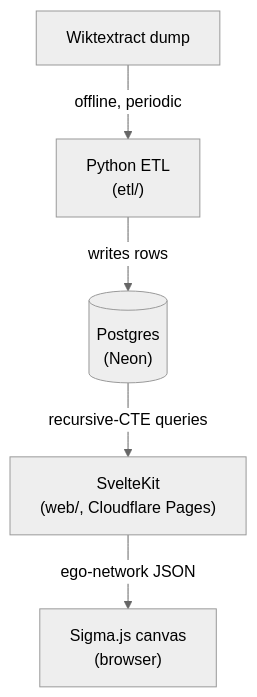
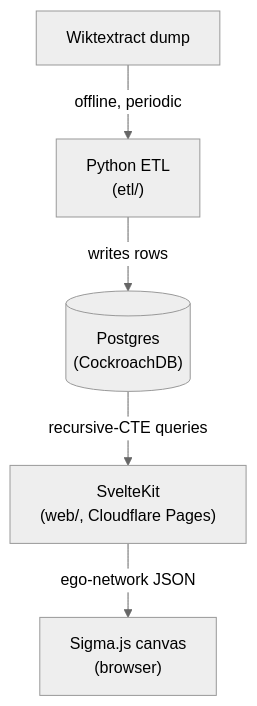
Before and after one commit to van-riper/etymyriad: the diagram in README.md, drawn with Mermaid (neutral theme). The commit also changed other lines of this file and 5 other files, not shown here.

First line of the commit message:
docs: refresh stale docs, expand roadmap

````diff
--- a/README.md
+++ b/README.md
@@ -19,7 +20,7 @@
 ```mermaid
 flowchart TD
     dump["Wiktextract dump"] -->|offline, periodic| etl["Python ETL<br/>(etl/)"]
-    etl -->|writes rows| db[("Postgres<br/>(Neon)")]
+    etl -->|writes rows| db[("Postgres<br/>(CockroachDB)")]
     db -->|recursive-CTE queries| web["SvelteKit<br/>(web/, Cloudflare Pages)"]
     web -->|ego-network JSON| canvas["Sigma.js canvas<br/>(browser)"]
 ```
````
